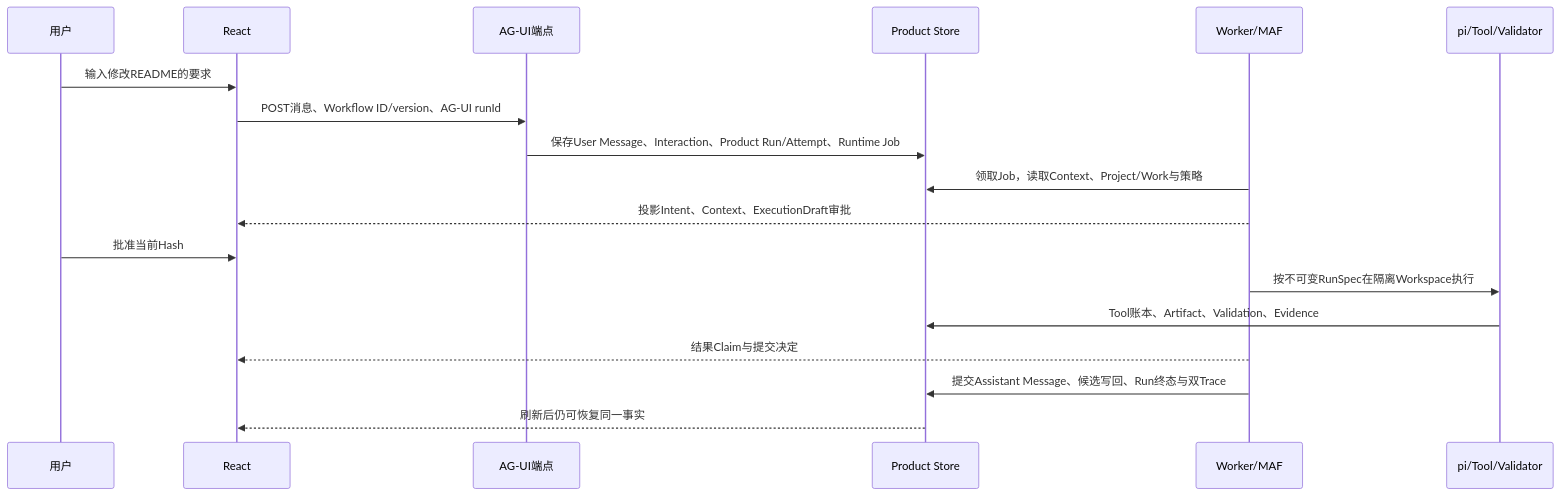
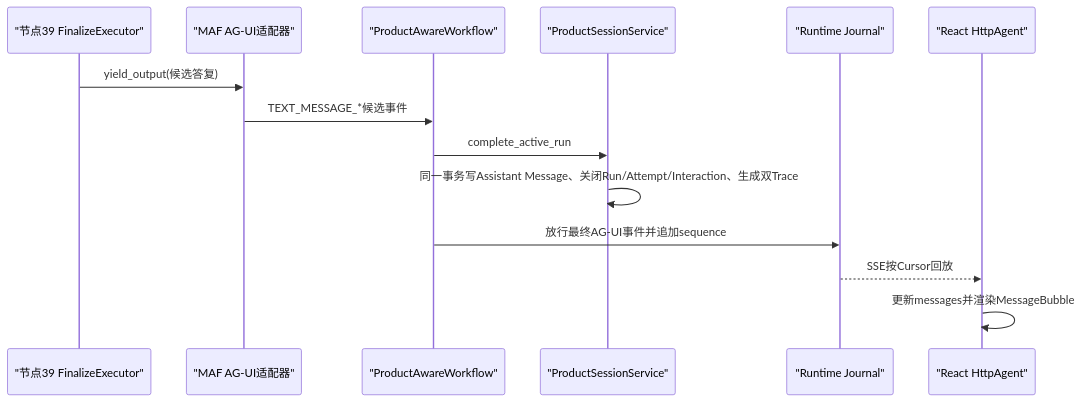
One commit to later-3/Chat changed the tenth of 11 diagrams in 项目掌握/架构与模块/Chat总体架构与一次点击的七层链路.md. Above: the diagram before and after it, drawn with Mermaid. The commit also changed other lines of this file and 2 other files, not shown here.

````diff
--- a/项目掌握/架构与模块/Chat总体架构与一次点击的七层链路.md
+++ b/项目掌握/架构与模块/Chat总体架构与一次点击的七层链路.md
@@ -88,21 +725,17 @@
 ```mermaid
 sequenceDiagram
-    participant U as 用户
-    participant F as React
-    participant H as AG-UI端点
-    participant P as Product Store
-    participant W as Worker/MAF
-    participant X as pi/Tool/Validator
+    participant N as "节点39 FinalizeExecutor"
+    participant M as "MAF AG-UI适配器"
+    participant P as "ProductAwareWorkflow"
+    participant S as "ProductSessionService"
+    participant J as "Runtime Journal"
+    participant R as "React HttpAgent"
 
-    U->>F: 输入修改README的要求
-    F->>H: POST消息、Workflow ID/version、AG-UI runId
-    H->>P: 保存User Message、Interaction、Product Run/Attempt、Runtime Job
-    W->>P: 领取Job，读取Context、Project/Work与策略
-    W-->>F: 投影Intent、Context、ExecutionDraft审批
-    U->>F: 批准当前Hash
-    W->>X: 按不可变RunSpec在隔离Workspace执行
-    X->>P: Tool账本、Artifact、Validation、Evidence
-    W-->>F: 结果Claim与提交决定
-    W->>P: 提交Assistant Message、候选写回、Run终态与双Trace
-    P-->>F: 刷新后仍可恢复同一事实
+    N->>M: yield_output(候选答复)
+    M->>P: TEXT_MESSAGE_*候选事件
+    P->>S: complete_active_run
+    S->>S: 同一事务写Assistant Message、关闭Run/Attempt/Interaction、生成双Trace
+    P->>J: 放行最终AG-UI事件并追加sequence
+    J-->>R: SSE按Cursor回放
+    R->>R: 更新messages并渲染MessageBubble
 ```
````
